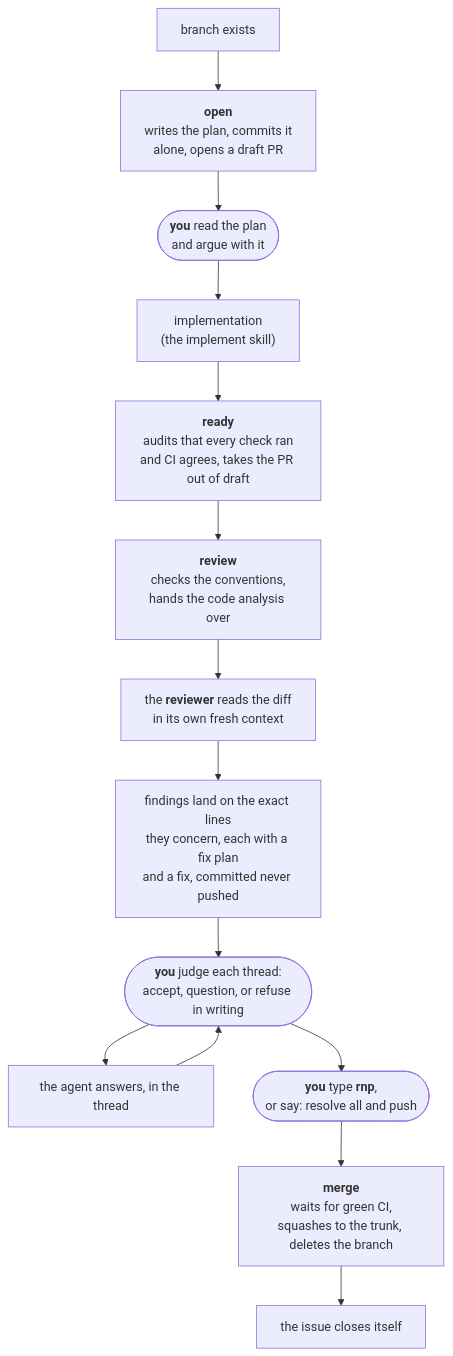
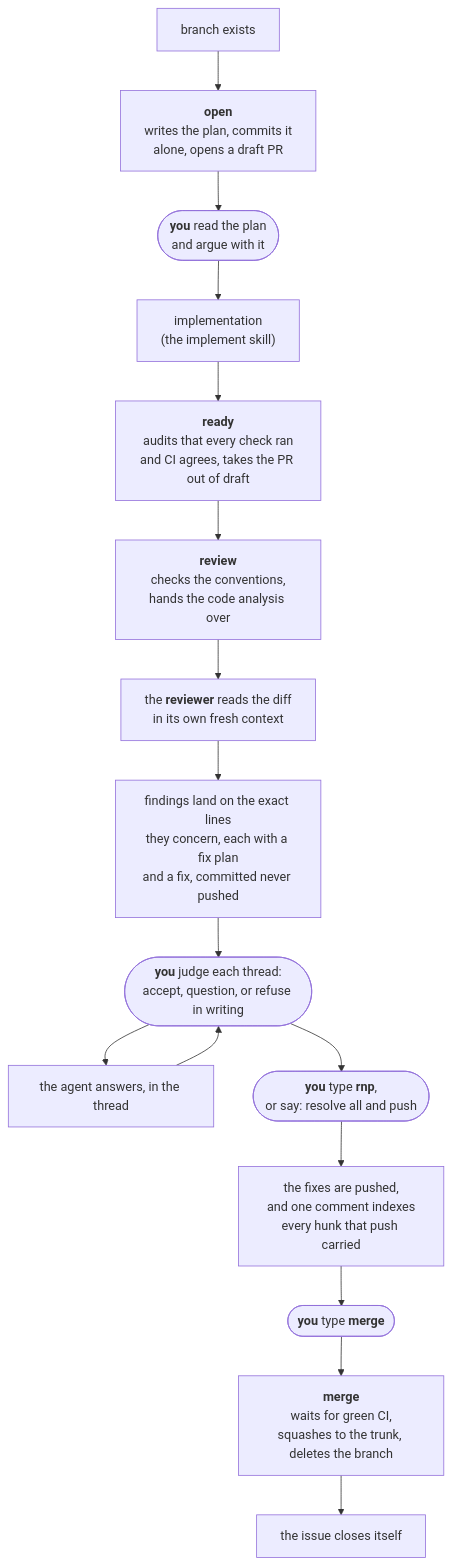
One commit to izkreny/agentifico changed the diagram in plugins/gh-solo/skills/pr-flow/README.md. Above: the diagram before and after it, drawn with Mermaid. The commit also changed other lines of this file and 6 other files, not shown here.

````diff
--- a/plugins/gh-solo/skills/pr-flow/README.md
+++ b/plugins/gh-solo/skills/pr-flow/README.md
@@ -24,16 +24,18 @@
 ```mermaid
 flowchart TD
     A["branch exists"] --> B["<b>open</b><br/>writes the plan, commits it<br/>alone, opens a draft PR"]
     B --> STOP(["<b>you</b> read the plan<br/>and argue with it"])
     STOP --> C["implementation<br/>(the implement skill)"]
     C --> D["<b>ready</b><br/>audits that every check ran<br/>and CI agrees, takes the PR out of draft"]
     D --> E["<b>review</b><br/>checks the conventions,<br/>hands the code analysis over"]
     E --> F["the <b>reviewer</b> reads the diff<br/>in its own fresh context"]
     F --> G["findings land on the exact lines<br/>they concern, each with a fix plan<br/>and a fix, committed never pushed"]
     G --> Q(["<b>you</b> judge each thread:<br/>accept, question, or refuse in writing"])
     Q --> R["the agent answers, in the thread"]
     R --> Q
     Q --> S(["<b>you</b> type <b>rnp</b>,<br/>or say: resolve all and push"])
-    S --> J["<b>merge</b><br/>waits for green CI,<br/>squashes to the trunk, deletes the branch"]
+    S --> T["the fixes are pushed,<br/>and one comment indexes<br/>every hunk that push carried"]
+    T --> U(["<b>you</b> type <b>merge</b>"])
+    U --> J["<b>merge</b><br/>waits for green CI,<br/>squashes to the trunk, deletes the branch"]
     J --> K["the issue closes itself"]
 ```
````
